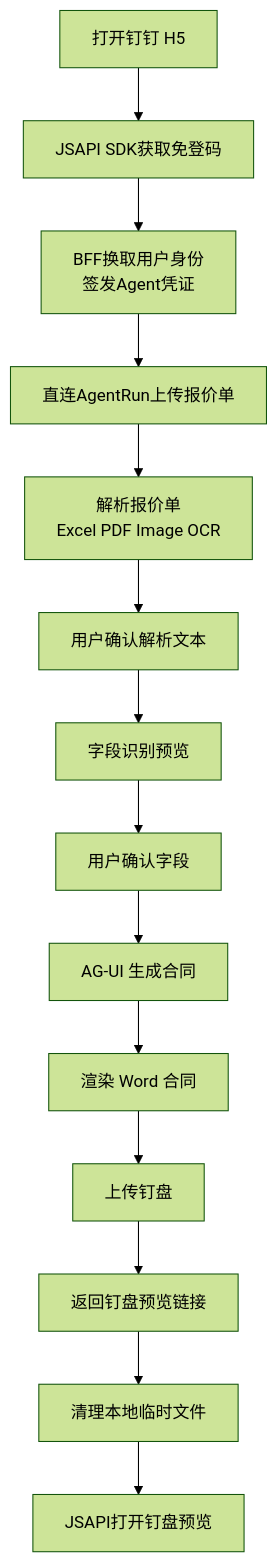
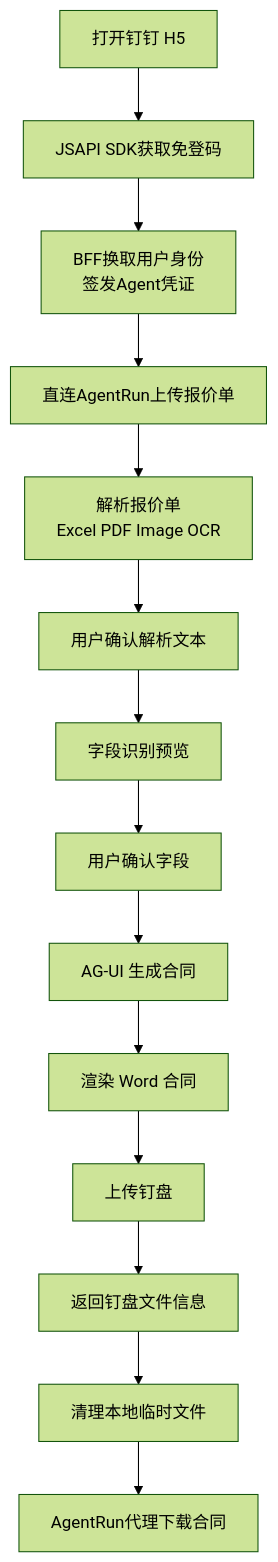
One commit to yuqingyang3019-cyber/hetong changed the second of 3 diagrams in SPEC/ARCHITECTURE.md. Above: the diagram before and after it, drawn with Mermaid (forest theme). The commit also changed other lines of this file and 6 other files, not shown here.

First line of the commit message:
fix: download generated contracts from DingDrive

````diff
--- a/SPEC/ARCHITECTURE.md
+++ b/SPEC/ARCHITECTURE.md
@@ -158,16 +158,16 @@
 ```mermaid
 flowchart TD
   openApp["打开钉钉 H5"] --> auth["JSAPI SDK获取免登码"]
   auth --> bffAuth["BFF换取用户身份\n签发Agent凭证"]
   bffAuth --> upload["直连AgentRun上传报价单"]
   upload --> parse["解析报价单\nExcel PDF Image OCR"]
   parse --> reviewText["用户确认解析文本"]
   reviewText --> previewFields["字段识别预览"]
   previewFields --> reviewFields["用户确认字段"]
   reviewFields --> generate["AG-UI 生成合同"]
   generate --> render["渲染 Word 合同"]
   render --> uploadDrive["上传钉盘"]
-  uploadDrive --> returnPreview["返回钉盘预览链接"]
-  returnPreview --> cleanup["清理本地临时文件"]
-  cleanup --> preview["JSAPI打开钉盘预览"]
+  uploadDrive --> returnFile["返回钉盘文件信息"]
+  returnFile --> cleanup["清理本地临时文件"]
+  cleanup --> download["AgentRun代理下载合同"]
 ```
````
